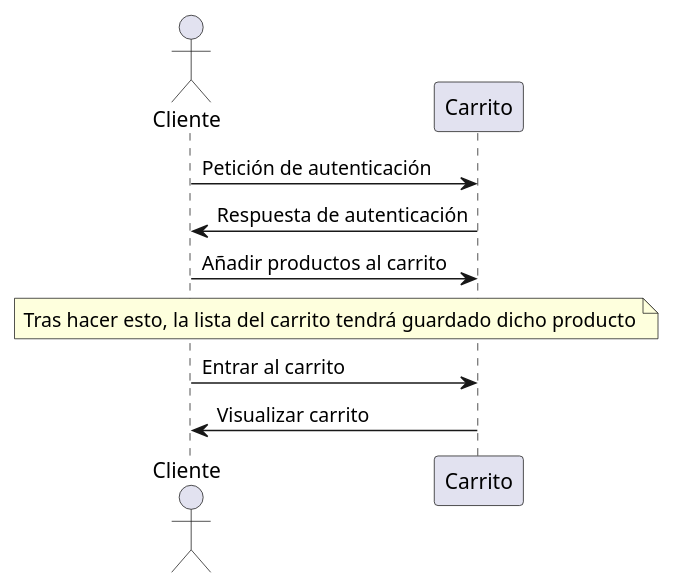
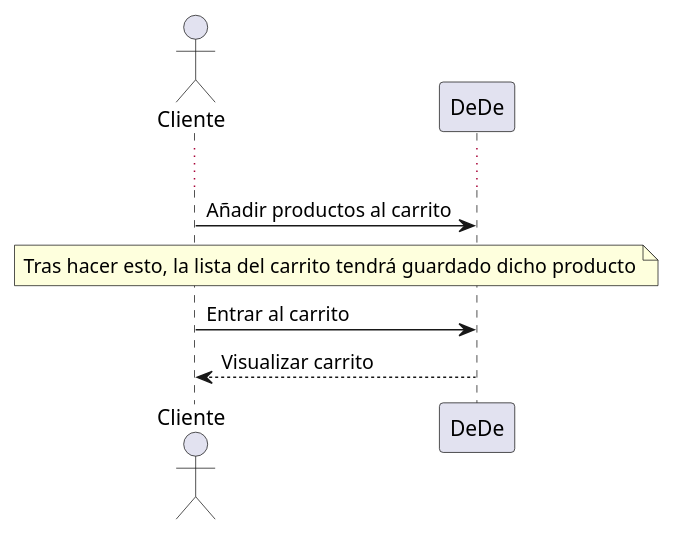
Before and after one commit to Arquisoft/Arquisoft-dede_es_02b: the first of 6 diagrams in docs/06_runtime_view.adoc, drawn with PlantUML. The commit also changed other lines of this file, not shown here.

Commit message:
Actualización de diagramas doc6

```diff
--- a/docs/06_runtime_view.adoc
+++ b/docs/06_runtime_view.adoc
@@ -6,11 +6,14 @@
 [plantuml,"Diagrama Añadir producto",png]
 ----
 actor Cliente
-participant Carrito
-Cliente -> Carrito: Petición de autenticación
-Carrito -> Cliente: Respuesta de autenticación
-Cliente -> Carrito: Añadir productos al carrito
+participant DeDe
+
+skinparam responseMessageBelowArrow true
+...
+
+Cliente -> DeDe: Añadir productos al carrito
 note across: Tras hacer esto, la lista del carrito tendrá guardado dicho producto
-Cliente -> Carrito: Entrar al carrito
-Carrito -> Cliente: Visualizar carrito
+
+Cliente -> DeDe: Entrar al carrito
+DeDe --> Cliente: Visualizar carrito
 ----
```
